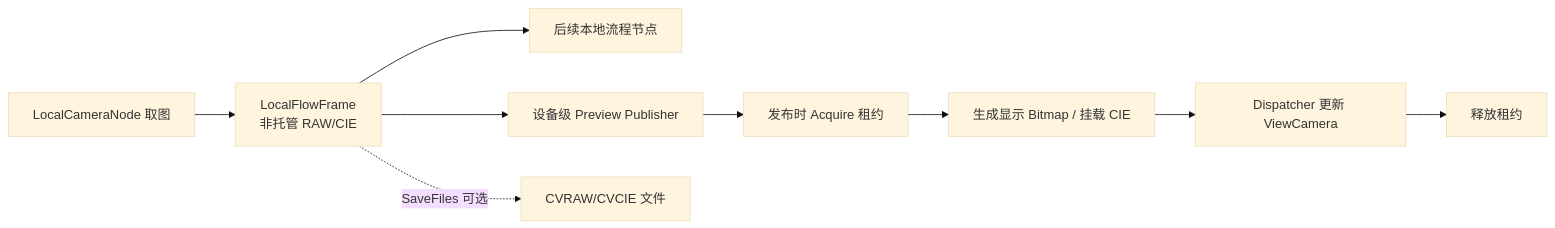
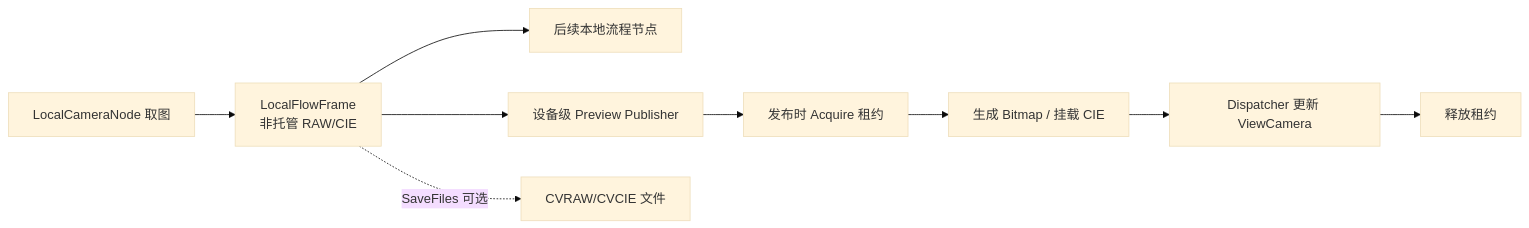
Before and after one commit to xincheng213618/scgd_general_wpf: the diagram in docs/02-developer-guide/engine-development/local-camera-memory-preview.md, drawn with Mermaid (base theme). The commit also changed other lines of this file and 24 other files, not shown here.

````diff
--- a/docs/02-developer-guide/engine-development/local-camera-memory-preview.md
+++ b/docs/02-developer-guide/engine-development/local-camera-memory-preview.md
@@ -59,11 +39,11 @@
 ```mermaid
 flowchart LR
     Capture["LocalCameraNode 取图"] --> Frame["LocalFlowFrame<br/>非托管 RAW/CIE"]
     Frame --> Flow["后续本地流程节点"]
     Frame --> Publisher["设备级 Preview Publisher"]
     Publisher --> Lease["发布时 Acquire 租约"]
-    Lease --> Materialize["生成显示 Bitmap / 挂载 CIE"]
+    Lease --> Materialize["生成 Bitmap / 挂载 CIE"]
     Materialize --> Dispatcher["Dispatcher 更新 ViewCamera"]
     Dispatcher --> Release["释放租约"]
     Frame -. SaveFiles 可选 .-> Files["CVRAW/CVCIE 文件"]
 ```
````
